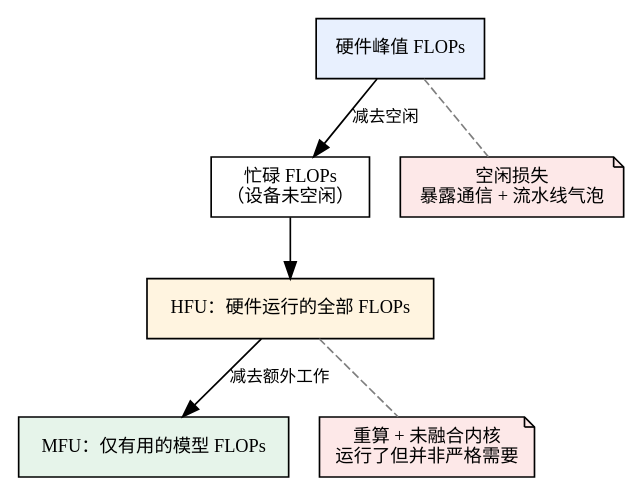
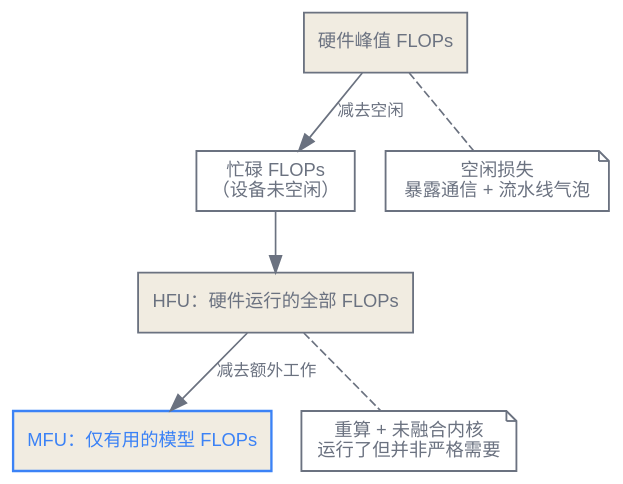
The third of 3 diagrams in zh/p7-infrastructure/30-accelerators-networking.qmd (latere-ai/ai-as-an-infrastructure), drawn with Graphviz before and after one commit. The commit also changed other lines of this file and 186 other files, not shown here.

First line of the commit message:
book: visual audit pass on all diagrams and figures

````diff
--- a/zh/p7-infrastructure/30-accelerators-networking.qmd
+++ b/zh/p7-infrastructure/30-accelerators-networking.qmd
@@ -114,24 +119,27 @@
 ```{dot}
 //| label: fig-accelerators-networking-flops-gap
 //| fig-cap: "把每步时间线读作一次从峰值 FLOPs 到 MFU 的下降。暴露通信与流水线气泡是空闲损失；重算与未融合内核是硬件确实运行的工作，这正是 HFU 高于 MFU 的原因。"
 digraph flops_gap {
+  bgcolor="transparent";
+  node [fontname="Helvetica", color="#6b7280", fontcolor="#6b7280", penwidth=1.1];
+  edge [color="#6b7280", fontcolor="#6b7280"];
   rankdir=TB;
   node [shape=box, fontsize=11];
   edge [fontsize=10];
 
-  peak [label="硬件峰值 FLOPs", style="filled", fillcolor="#e8f0fe"];
+  peak [label="硬件峰值 FLOPs", style="filled", fillcolor="#f1ece1"];
   busy [label="忙碌 FLOPs\n（设备未空闲）"];
-  hfu  [label="HFU：硬件运行的全部 FLOPs", style="filled", fillcolor="#fff4e0"];
-  mfu  [label="MFU：仅有用的模型 FLOPs", style="filled", fillcolor="#e6f4ea"];
+  hfu  [label="HFU：硬件运行的全部 FLOPs", style="filled", fillcolor="#f1ece1"];
+  mfu  [label="MFU：仅有用的模型 FLOPs", style="filled", fillcolor="#f1ece1", color="#3b82f6", fontcolor="#3b82f6", penwidth=1.4];
 
-  idle    [label="空闲损失\n暴露通信 + 流水线气泡", shape=note, fillcolor="#fde8e8", style="filled"];
-  recomp  [label="重算 + 未融合内核\n运行了但并非严格需要", shape=note, fillcolor="#fde8e8", style="filled"];
+  idle    [label="空闲损失\n暴露通信 + 流水线气泡", shape=note];
+  recomp  [label="重算 + 未融合内核\n运行了但并非严格需要", shape=note];
 
   peak -> busy [label="减去空闲"];
   busy -> hfu;
   hfu  -> mfu [label="减去额外工作"];
 
-  peak -> idle [style=dashed, color=gray50, dir=none];
-  hfu  -> recomp [style=dashed, color=gray50, dir=none];
+  peak -> idle [style=dashed, color="#6b7280", dir=none];
+  hfu  -> recomp [style=dashed, color="#6b7280", dir=none];
 }
 ```
````
